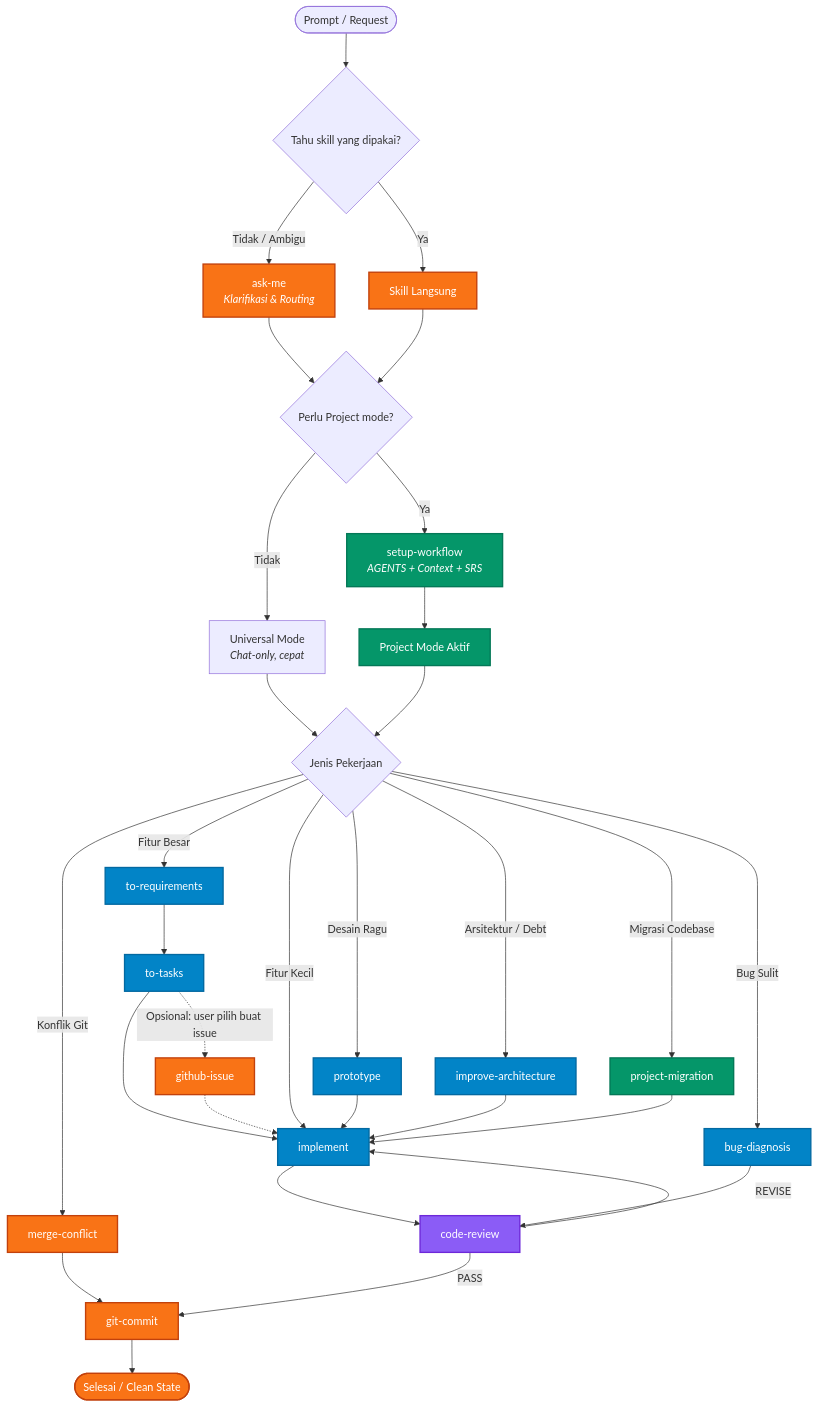
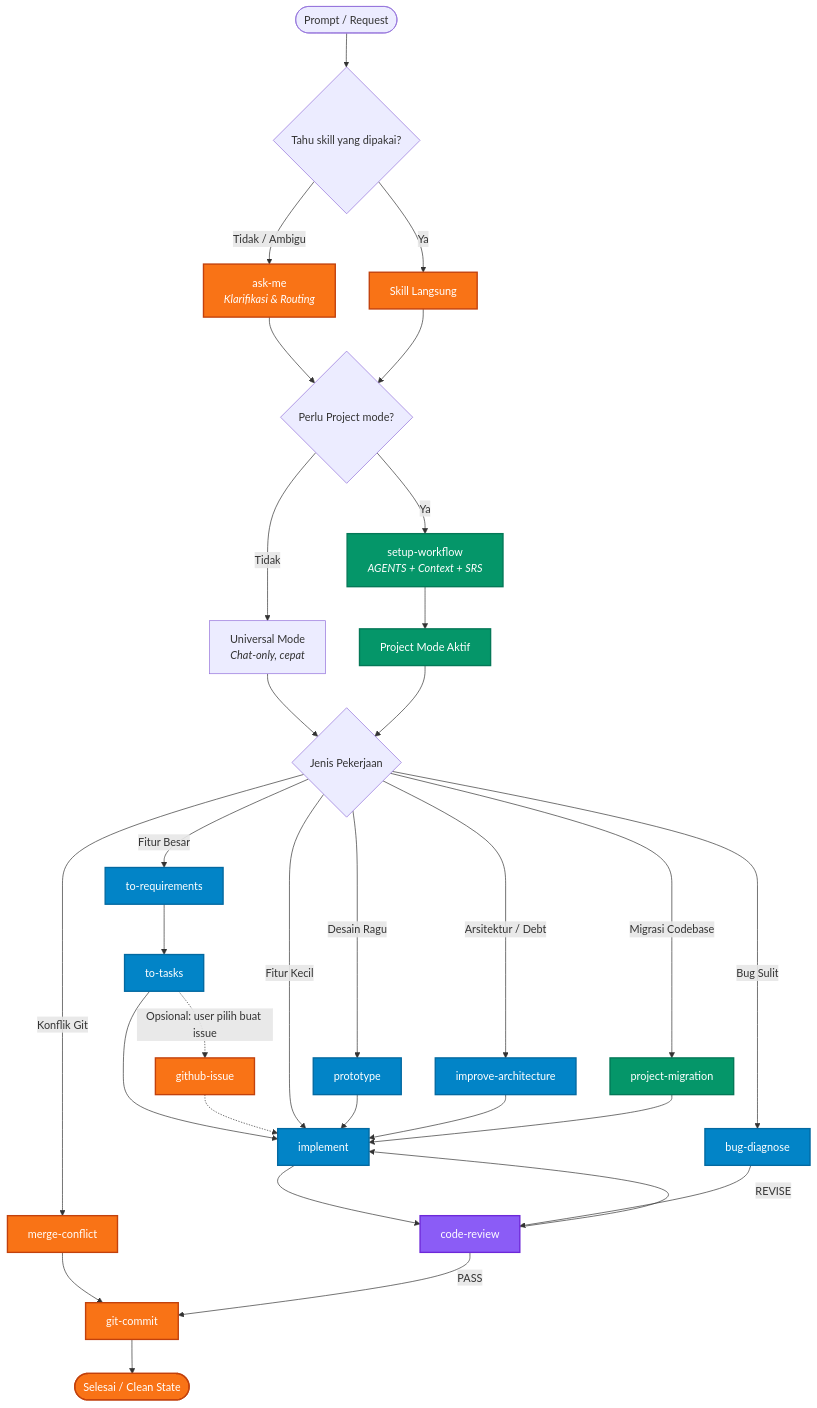
The first of 4 diagrams in README.md (Divarizky/dev-workflow-skills), drawn with Mermaid before and after one commit. The commit also changed other lines of this file and 9 other files, not shown here.

Commit message:
refactor(skills/dev): rename skill bug-diagnosis menjadi bug-diagnose

````diff
--- a/README.md
+++ b/README.md
@@ -55,48 +55,48 @@
 ```mermaid
 flowchart TD
     classDef gate fill:#f97316,stroke:#c2410c,stroke-width:2px,color:#fff;
     classDef review fill:#8b5cf6,stroke:#6d28d9,stroke-width:2px,color:#fff;
     classDef build fill:#0284c7,stroke:#0369a1,stroke-width:2px,color:#fff;
     classDef context fill:#059669,stroke:#047857,stroke-width:2px,color:#fff;
 
     USER([Prompt / Request]) --> ENTRY{Tahu skill yang dipakai?}
     ENTRY -->|Tidak / Ambigu| ASK[ask-me<br/><i>Klarifikasi & Routing</i>]:::gate
     ENTRY -->|Ya| DIRECT[Skill Langsung]:::gate
 
     ASK --> MODE{Perlu Project mode?}
     DIRECT --> MODE
 
     MODE -->|Tidak| UNIVERSAL[Universal Mode<br/><i>Chat-only, cepat</i>]
     MODE -->|Ya| SETUP[setup-workflow<br/><i>AGENTS + Context + SRS</i>]:::context
     SETUP --> PROJECT[Project Mode Aktif]:::context
     UNIVERSAL --> ROUTE{Jenis Pekerjaan}
     PROJECT --> ROUTE
 
     %% 7 Cabang
     ROUTE -->|Fitur Besar| REQ[to-requirements]:::build
     REQ --> TASK[to-tasks]:::build
     TASK --> IMP[implement]:::build
     TASK -.->|Opsional: user pilih buat issue| GHI[github-issue]:::gate
     GHI -.-> IMP
 
     ROUTE -->|Fitur Kecil| IMP
-    ROUTE -->|Bug Sulit| BUG[bug-diagnosis]:::build
+    ROUTE -->|Bug Sulit| BUG[bug-diagnose]:::build
     ROUTE -->|Desain Ragu| PROTO[prototype]:::build
     PROTO --> IMP
 
     ROUTE -->|Arsitektur / Debt| ARCH[improve-architecture]:::build
     ARCH --> IMP
 
     ROUTE -->|Konflik Git| CONF[merge-conflict]:::gate
     CONF --> COMMIT[git-commit]:::gate
 
     ROUTE -->|Migrasi Codebase| MIG[project-migration]:::context
     MIG --> IMP
 
     %% Delivery Gate
     IMP --> REV[code-review]:::review
     BUG --> REV
     REV -->|REVISE| IMP
     REV -->|PASS| COMMIT
     COMMIT --> DONE([Selesai / Clean State]):::gate
 ```
````
